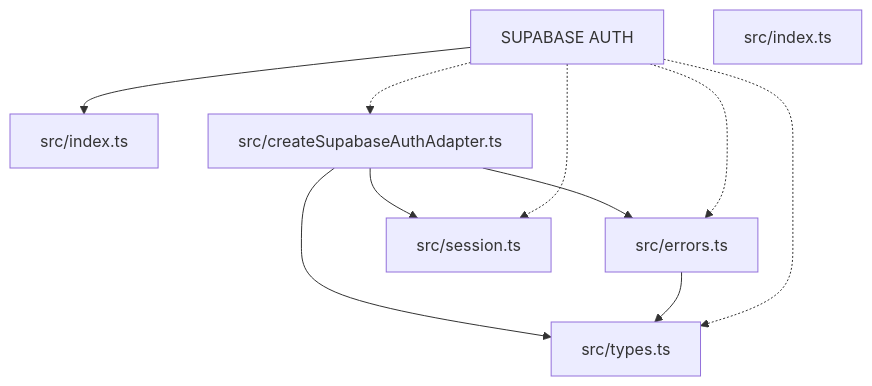
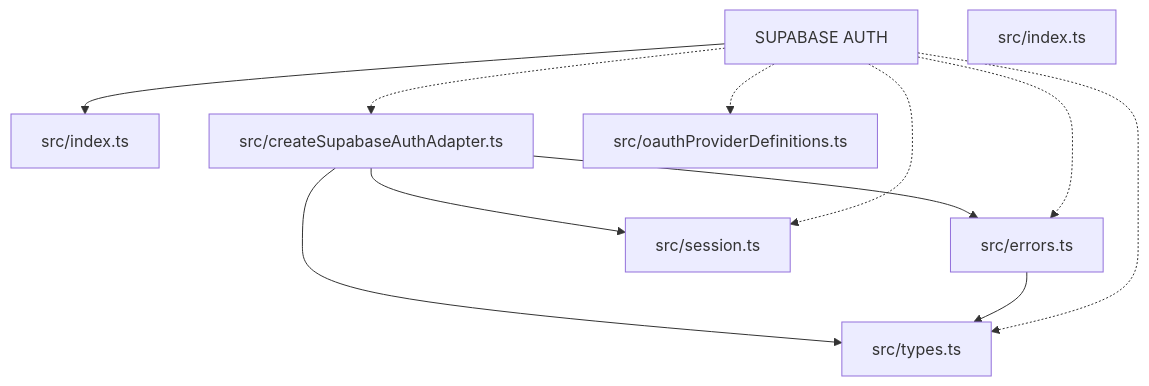
Before and after one commit to ankhorage/supabase-auth: the diagram in paradox/diagrams/architecture-overview.mmd, drawn with Mermaid. The commit also changed 17 other files, not shown here.

First line of the commit message:
feat: add canonical OAuth provider definitions

```diff
--- a/paradox/diagrams/architecture-overview.mmd
+++ b/paradox/diagrams/architecture-overview.mmd
@@ -1,17 +1,19 @@
 graph TD
   package__ankhorage_supabase_auth["SUPABASE AUTH"]
   entrypoint_src_index_ts["src/index.ts"]
   package__ankhorage_supabase_auth --> entrypoint_src_index_ts
   module_src_createSupabaseAuthAdapter_ts["src/createSupabaseAuthAdapter.ts"]
   package__ankhorage_supabase_auth -.-> module_src_createSupabaseAuthAdapter_ts
   module_src_createSupabaseAuthAdapter_ts --> module_src_errors_ts
   module_src_createSupabaseAuthAdapter_ts --> module_src_session_ts
   module_src_createSupabaseAuthAdapter_ts --> module_src_types_ts
   module_src_errors_ts["src/errors.ts"]
   package__ankhorage_supabase_auth -.-> module_src_errors_ts
   module_src_errors_ts --> module_src_types_ts
   module_src_index_ts["src/index.ts"]
+  module_src_oauthProviderDefinitions_ts["src/oauthProviderDefinitions.ts"]
+  package__ankhorage_supabase_auth -.-> module_src_oauthProviderDefinitions_ts
   module_src_session_ts["src/session.ts"]
   package__ankhorage_supabase_auth -.-> module_src_session_ts
   module_src_types_ts["src/types.ts"]
   package__ankhorage_supabase_auth -.-> module_src_types_ts
```
